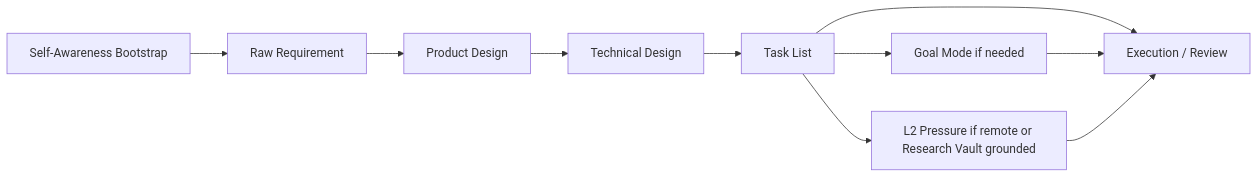
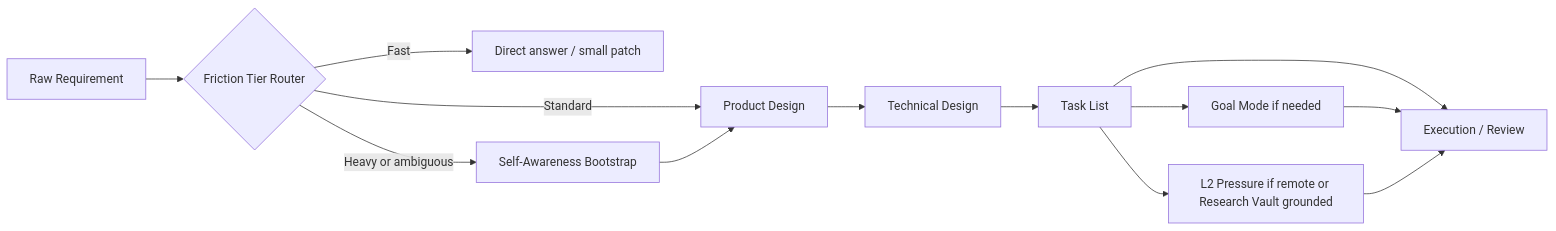
Before and after one commit to Fearvox/multica-ultimate-workbench: the diagram in docs/self-awareness-infra-layer.md, drawn with Mermaid. The commit also changed other lines of this file and 15 other files, not shown here.

Commit message:
docs: add friction tier router

````diff
--- a/docs/self-awareness-infra-layer.md
+++ b/docs/self-awareness-infra-layer.md
@@ -14,12 +16,15 @@
 ```mermaid
 flowchart LR
-  A["Self-Awareness Bootstrap"] --> B["Raw Requirement"]
-  B --> C["Product Design"]
+  A["Raw Requirement"] --> R{"Friction Tier Router"}
+  R -->|Fast| X["Direct answer / small patch"]
+  R -->|Standard| C["Product Design"]
+  R -->|Heavy or ambiguous| B["Self-Awareness Bootstrap"]
+  B --> C
   C --> D["Technical Design"]
   D --> E["Task List"]
   E --> F["Execution / Review"]
   E --> G["Goal Mode if needed"]
   E --> H["L2 Pressure if remote or Research Vault grounded"]
   G --> F
   H --> F
 ```
````
